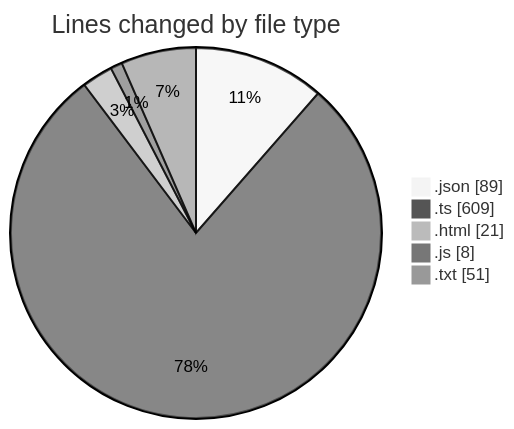
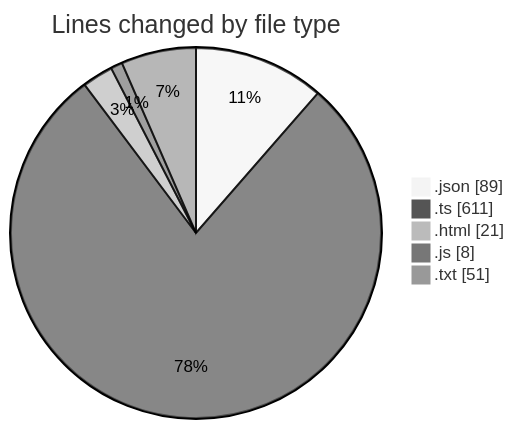
Before and after one commit to tmsrecording-cyber/code-tracking: the first of 2 diagrams in 2026-02-02/singularitybrainai/README.md, drawn with Mermaid (neutral theme). The commit also changed other lines of this file and 1 other file, not shown here.

````diff
--- a/2026-02-02/singularitybrainai/README.md
+++ b/2026-02-02/singularitybrainai/README.md
@@ -28,9 +28,9 @@
 ```mermaid
 pie showData
 title Lines changed by file type
 ".json" : 89
-".ts" : 609
+".ts" : 611
 ".html" : 21
 ".js" : 8
 ".txt" : 51
 ```
````
